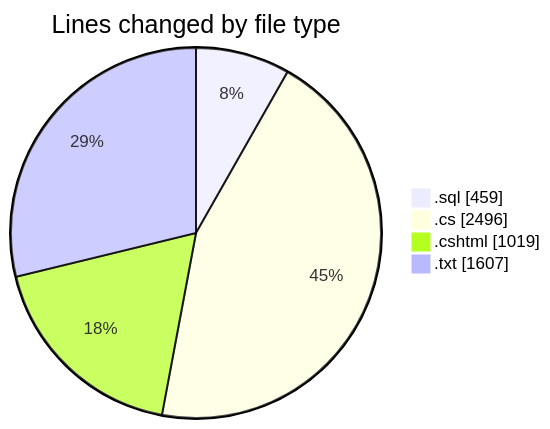
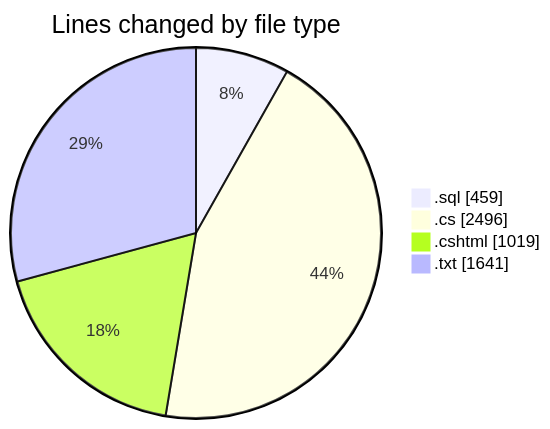
One commit to lephambinh05/code-tracking changed the first of 2 diagrams in 2025-07-23/quanlyrapchieuphim/README.md. Above: the diagram before and after it, drawn with Mermaid. The commit also changed other lines of this file and 1 other file, not shown here.

````diff
--- a/2025-07-23/quanlyrapchieuphim/README.md
+++ b/2025-07-23/quanlyrapchieuphim/README.md
@@ -32,8 +32,8 @@
 ```mermaid
 pie showData
 title Lines changed by file type
 ".sql" : 459
 ".cs" : 2496
 ".cshtml" : 1019
-".txt" : 1607
+".txt" : 1641
 ```
````
